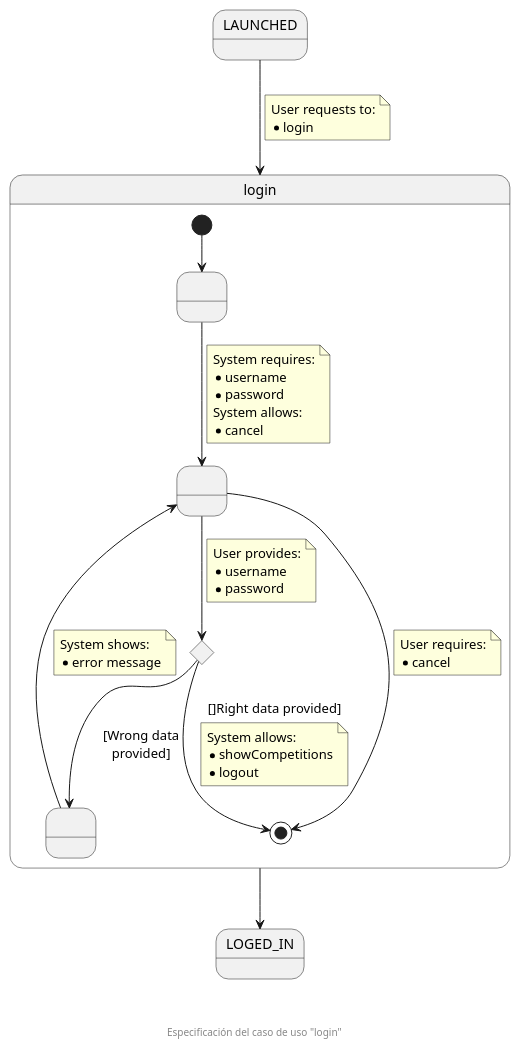
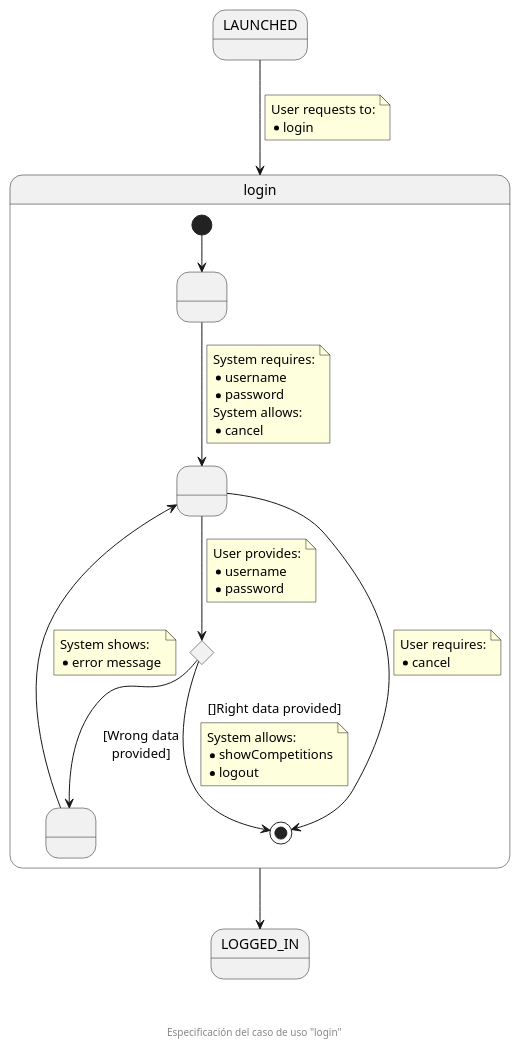
One commit to zuldare/mastercloud_pfm_halterocms changed the diagram in documentation/diagrams/1_requirements/3_useCasesSpecification/02_login.puml. Above: the diagram before and after it, drawn with PlantUML. The commit also changed 5 other files, not shown here.

```diff
--- a/documentation/diagrams/1_requirements/3_useCasesSpecification/02_login.puml
+++ b/documentation/diagrams/1_requirements/3_useCasesSpecification/02_login.puml
@@ -1,52 +1,52 @@
 @startuml
 state login {
 
   state " " as start
   state " " as requiredData
   state " " as wrongData
   state " " as isValidDataCHC <<choice>>
   [*] --> start
   start --> requiredData
   note on link
     System requires:
     * username
     * password
     System allows:
     * cancel
   end note
   requiredData -->  isValidDataCHC
   note on link
     User provides:
     * username
     * password
   end note
   isValidDataCHC --> wrongData : [Wrong data\nprovided]
   wrongData --> requiredData
   note on link
     System shows:
     * error message
   end note
   isValidDataCHC --> [*] : []Right data provided]
   note on link
     System allows:
     * showCompetitions
     * logout
   end note
   requiredData --> [*]
   note on link
     User requires:
     * cancel
   end note
 
 }
-state LOGED_IN
+state LOGGED_IN
 
 LAUNCHED --> login
 note on link
   User requests to:
   * login
 end note
-login --> LOGED_IN
+login --> LOGGED_IN
 
 footer \n\n\n Especificación del caso de uso "login"
 @enduml
```
